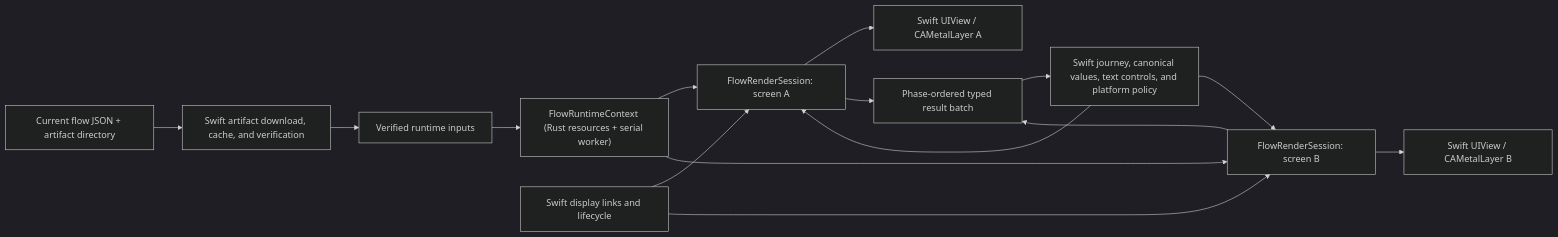
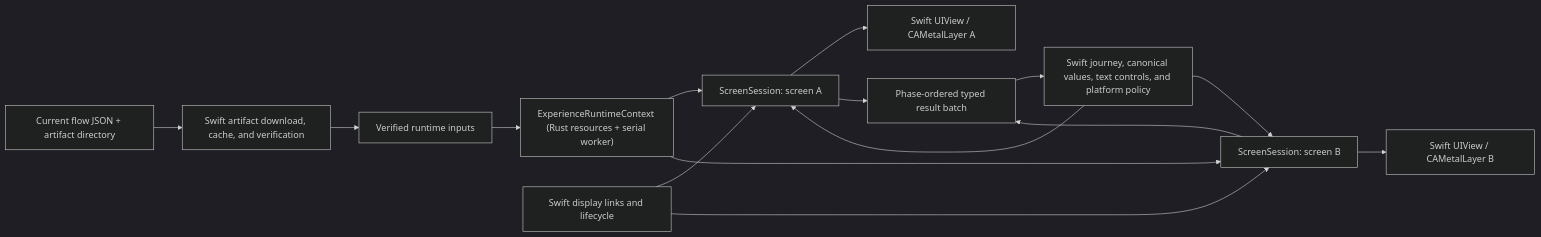
One commit to nuxieai/nuxie-ios changed the diagram in docs/runtime-migration/product-definition-and-migration-plan.md. Above: the diagram before and after it, drawn with Mermaid (dark theme). The commit also changed other lines of this file and 248 other files, not shown here.

````diff
--- a/docs/runtime-migration/product-definition-and-migration-plan.md
+++ b/docs/runtime-migration/product-definition-and-migration-plan.md
@@ -108,17 +108,17 @@
 ```mermaid
 flowchart LR
     Server["Current flow JSON + artifact directory"] --> Store["Swift artifact download, cache, and verification"]
     Store --> Inputs["Verified runtime inputs"]
-    Inputs --> Context["FlowRuntimeContext (Rust resources + serial worker)"]
-    Context --> SessionA["FlowRenderSession: screen A"]
-    Context --> SessionB["FlowRenderSession: screen B"]
+    Inputs --> Context["ExperienceRuntimeContext (Rust resources + serial worker)"]
+    Context --> SessionA["ScreenSession: screen A"]
+    Context --> SessionB["ScreenSession: screen B"]
     SessionA --> SurfaceA["Swift UIView / CAMetalLayer A"]
     SessionB --> SurfaceB["Swift UIView / CAMetalLayer B"]
     Clock["Swift display links and lifecycle"] --> SessionA
     Clock --> SessionB
     SessionA --> Batch["Phase-ordered typed result batch"]
     SessionB --> Batch
     Batch --> Host["Swift journey, canonical values, text controls, and platform policy"]
     Host --> SessionA
     Host --> SessionB
 ```
````
